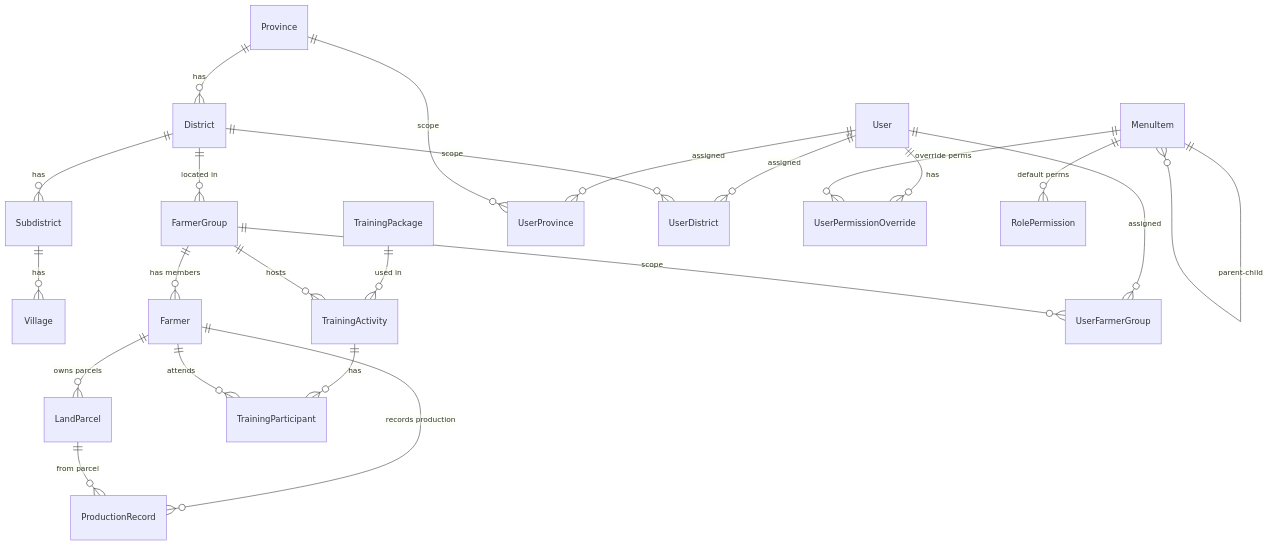
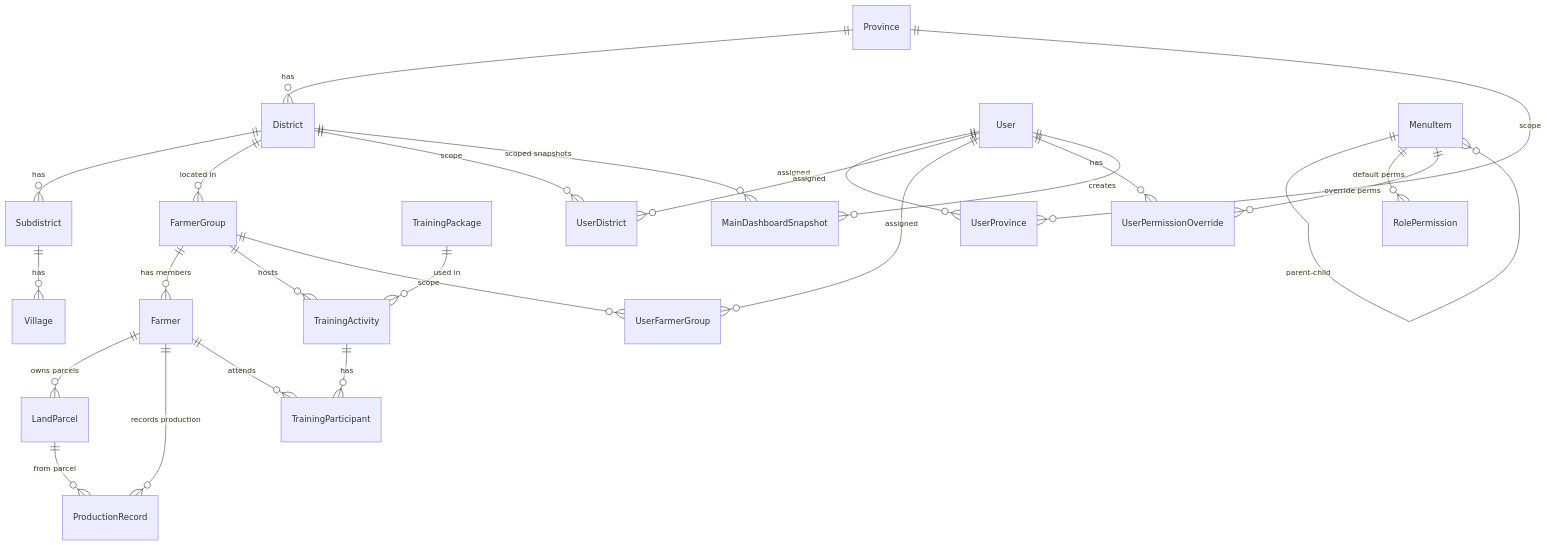
The first of 9 diagrams in docs/database-schema.md (WRI-Indonesia/mis-smallholder-hub), drawn with Mermaid before and after one commit. The commit also changed other lines of this file and 29 other files, not shown here.

First line of the commit message:
feat(dashboard): DASH-01 snapshot-backed Main Dashboard + Tools snapshot module (#99)

````diff
--- a/docs/database-schema.md
+++ b/docs/database-schema.md
@@ -10,36 +10,40 @@
 ```mermaid
 erDiagram
     %% GEOGRAPHY HIERARCHY
     Province ||--o{ District : "has"
     District ||--o{ Subdistrict : "has"
     Subdistrict ||--o{ Village : "has"
     
     %% FARMER GROUP & FARMER
     District ||--o{ FarmerGroup : "located in"
     FarmerGroup ||--o{ Farmer : "has members"
     
     %% LAND PARCEL
     Farmer ||--o{ LandParcel : "owns parcels"
     
     %% PRODUCTION RECORD
     Farmer ||--o{ ProductionRecord : "records production"
     LandParcel ||--o{ ProductionRecord : "from parcel"
     
     %% TRAINING MODULE
     TrainingPackage ||--o{ TrainingActivity : "used in"
     FarmerGroup ||--o{ TrainingActivity : "hosts"
     TrainingActivity ||--o{ TrainingParticipant : "has"
     Farmer ||--o{ TrainingParticipant : "attends"
     
     %% RBAC & MENU
     User ||--o{ UserProvince : "assigned"
     User ||--o{ UserDistrict : "assigned"
     User ||--o{ UserFarmerGroup : "assigned"
     User ||--o{ UserPermissionOverride : "has"
     Province ||--o{ UserProvince : "scope"
     District ||--o{ UserDistrict : "scope"
     FarmerGroup ||--o{ UserFarmerGroup : "scope"
     MenuItem ||--o{ MenuItem : "parent-child"
     MenuItem ||--o{ RolePermission : "default perms"
     MenuItem ||--o{ UserPermissionOverride : "override perms"
+
+    %% DASHBOARD SNAPSHOT
+    District ||--o{ MainDashboardSnapshot : "scoped snapshots"
+    User ||--o{ MainDashboardSnapshot : "creates"
 ```
````
